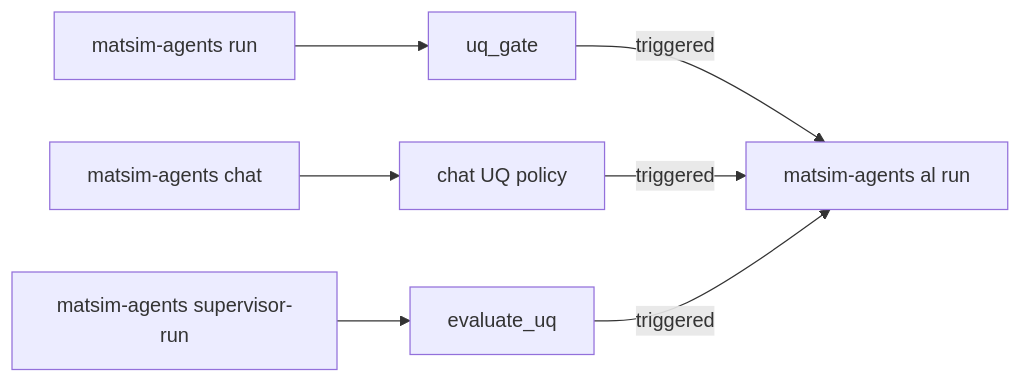
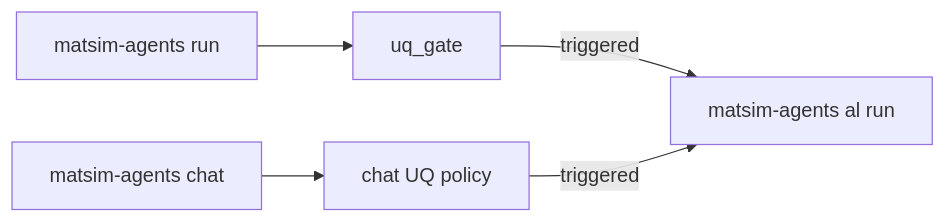
Before and after one commit to ORNL/matsim-agents: the second of 2 diagrams in examples/active_learning/README.md, drawn with Mermaid. The commit also changed other lines of this file and 26 other files, not shown here.

Commit message:
Docs for the framework architecture; application check command; E1 benchmark runner; architecture CI job

````diff
--- a/examples/active_learning/README.md
+++ b/examples/active_learning/README.md
@@ -151,9 +149,7 @@
 ```mermaid
 flowchart LR
   R[matsim-agents run] --> RU[uq_gate]
   C[matsim-agents chat] --> CU[chat UQ policy]
-  S[matsim-agents supervisor-run] --> SU[evaluate_uq]
   RU -->|triggered| AL[matsim-agents al run]
   CU -->|triggered| AL
-  SU -->|triggered| AL
 ```
````
